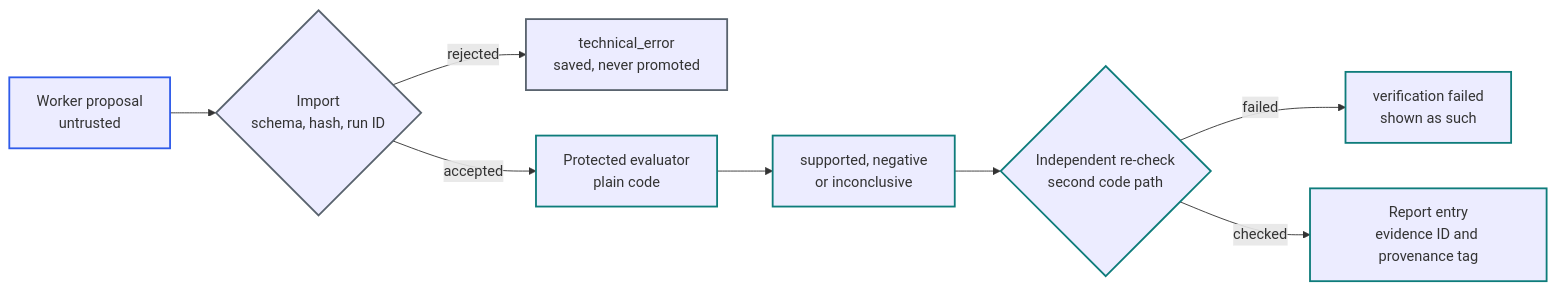
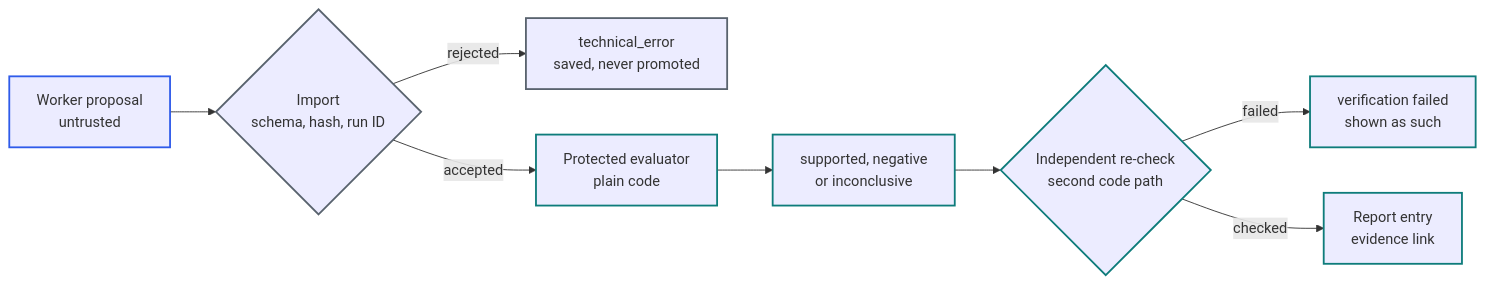
One commit to FabianJun/open-research-loops changed the second of 3 diagrams in docs/HOW-IT-WORKS.md. Above: the diagram before and after it, drawn with Mermaid. The commit also changed other lines of this file and 1 other file, not shown here.

First line of the commit message:
How-it-works and README say which runs link evidence

````diff
--- a/docs/HOW-IT-WORKS.md
+++ b/docs/HOW-IT-WORKS.md
@@ -50,16 +50,16 @@
 ```mermaid
 flowchart LR
     A["Worker proposal<br/>untrusted"] --> B{"Import<br/>schema, hash, run ID"}
     B -- rejected --> X["technical_error<br/>saved, never promoted"]
     B -- accepted --> C["Protected evaluator<br/>plain code"]
     C --> V["supported, negative<br/>or inconclusive"]
     V --> D{"Independent re-check<br/>second code path"}
     D -- failed --> F["verification failed<br/>shown as such"]
-    D -- checked --> R["Report entry<br/>evidence ID and provenance tag"]
+    D -- checked --> R["Report entry<br/>evidence link"]
     classDef agent stroke:#2f5bea,stroke-width:2px
     classDef evidence stroke:#0e7c7b,stroke-width:2px
     classDef neutral stroke:#59636e,stroke-width:2px
     class A agent
     class C,V,D,F,R evidence
     class B,X neutral
 ```
````
